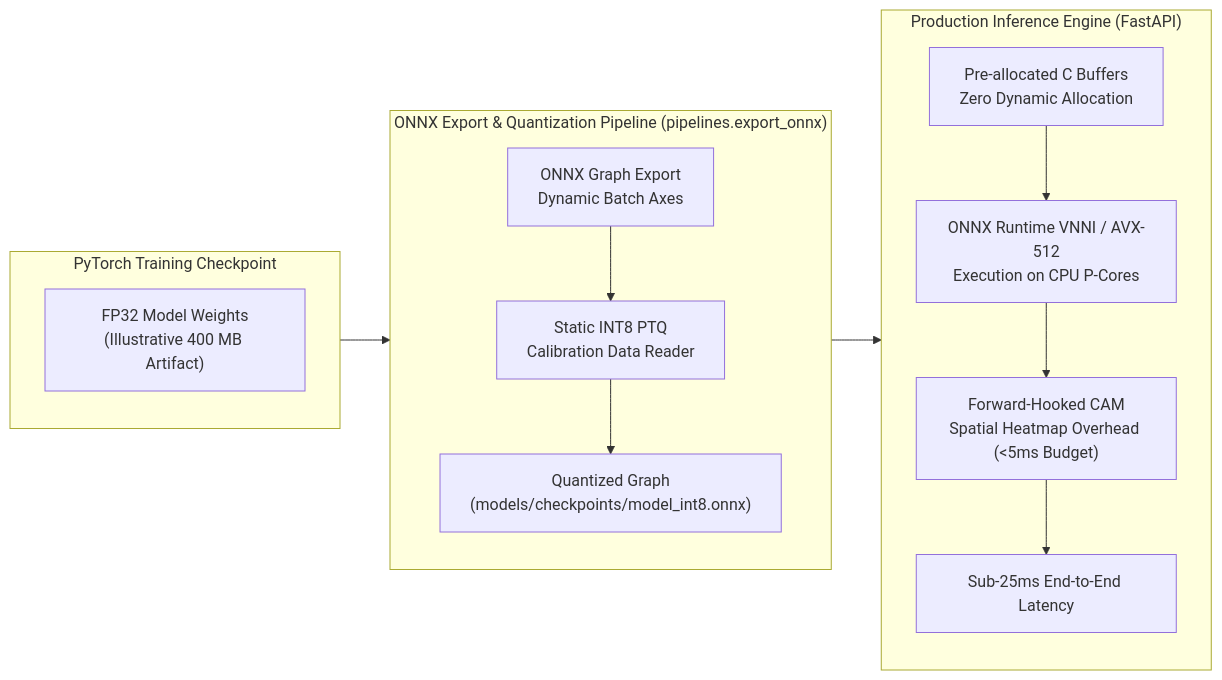
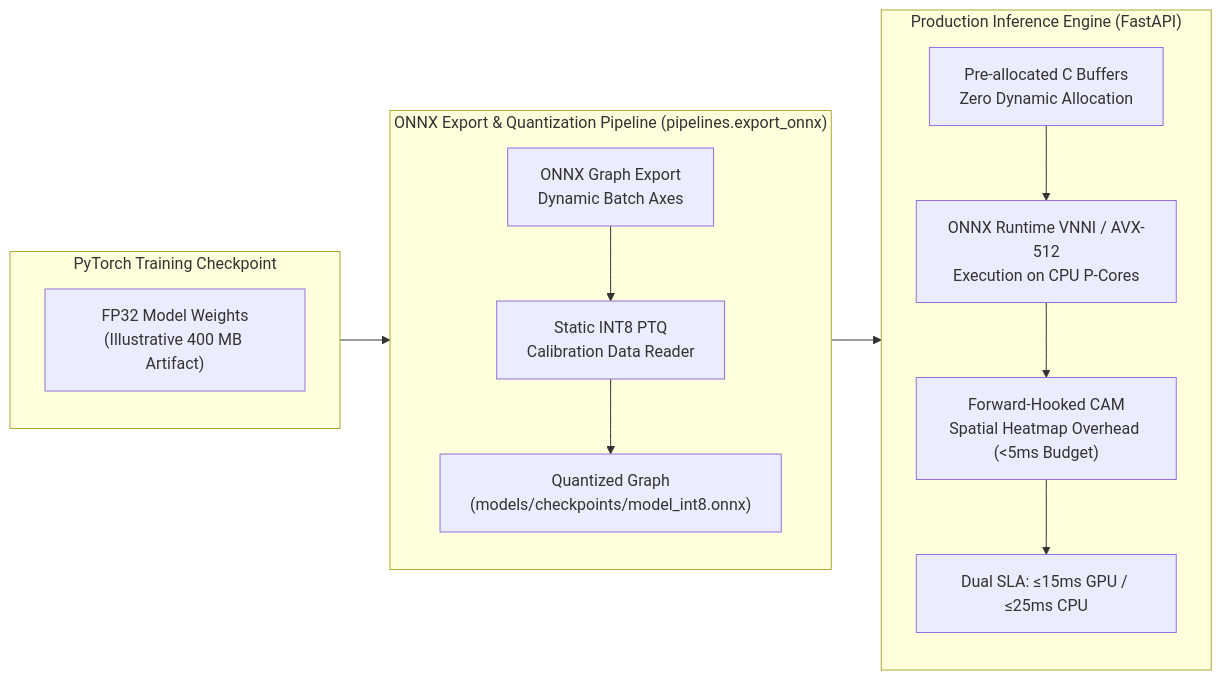
One commit to foersben/taxon-vision-mlops changed the diagram in docs/model_engineering/onnx_optimization_and_latency.md. Above: the diagram before and after it, drawn with Mermaid. The commit also changed other lines of this file and 25 other files, not shown here.

Commit message:
docs: synchronize implementation status, OKF receipts, and architecture visualizer

````diff
--- a/docs/model_engineering/onnx_optimization_and_latency.md
+++ b/docs/model_engineering/onnx_optimization_and_latency.md
@@ -25,19 +28,19 @@
 ```mermaid
 flowchart LR
     subgraph PyTorch["PyTorch Training Checkpoint"]
         P1["FP32 Model Weights<br/>(Illustrative 400 MB Artifact)"]
     end
 
     subgraph Compilation["ONNX Export & Quantization Pipeline (pipelines.export_onnx)"]
         C1["ONNX Graph Export<br/>Dynamic Batch Axes"] --> C2["Static INT8 PTQ<br/>Calibration Data Reader"]
         C2 --> C3["Quantized Graph<br/>(models/checkpoints/model_int8.onnx)"]
     end
 
     subgraph Serving["Production Inference Engine (FastAPI)"]
         S1["Pre-allocated C Buffers<br/>Zero Dynamic Allocation"] --> S2["ONNX Runtime VNNI / AVX-512<br/>Execution on CPU P-Cores"]
         S2 --> S3["Forward-Hooked CAM<br/>Spatial Heatmap Overhead (<5ms Budget)"]
-        S3 --> S4["Sub-25ms End-to-End Latency"]
+        S3 --> S4["Dual SLA: &le;15ms GPU / &le;25ms CPU"]
     end
 
     PyTorch --> Compilation --> Serving
 ```
````
